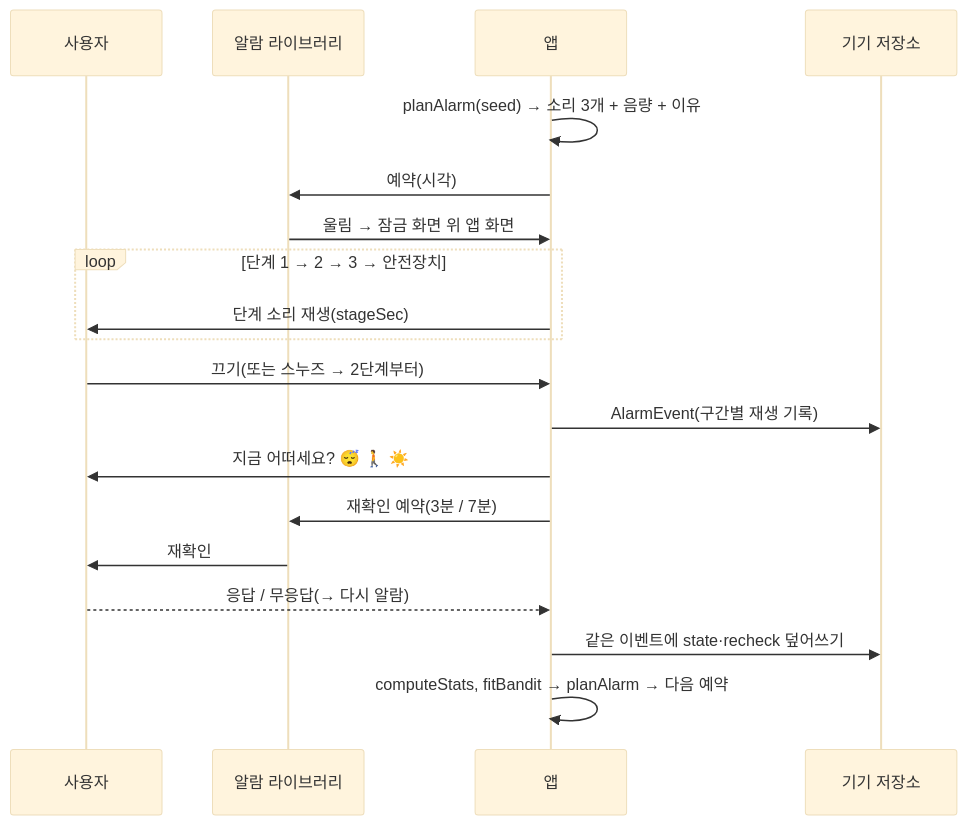
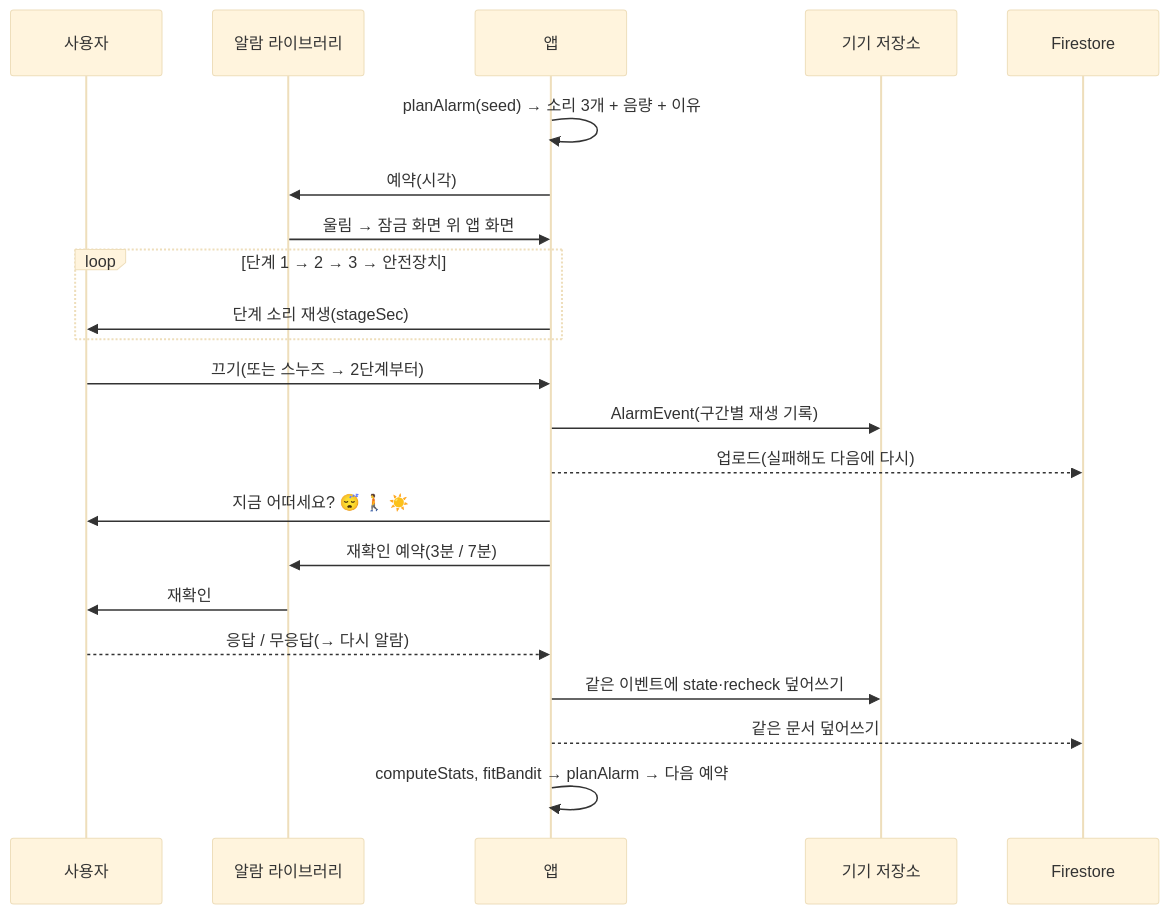
One commit to lyw012012-cpu/appa-anjanda changed the third of 3 diagrams in docs/context/design.md. Above: the diagram before and after it, drawn with Mermaid (base theme). The commit also changed other lines of this file and 5 other files, not shown here.

````diff
--- a/docs/context/design.md
+++ b/docs/context/design.md
@@ -185,21 +186,24 @@
 ```mermaid
 sequenceDiagram
   participant U as 사용자
   participant L as 알람 라이브러리
   participant A as 앱
   participant S as 기기 저장소
+  participant F as Firestore
   A->>A: planAlarm(seed) → 소리 3개 + 음량 + 이유
   A->>L: 예약(시각)
   L->>A: 울림 → 잠금 화면 위 앱 화면
   loop 단계 1 → 2 → 3 → 안전장치
     A->>U: 단계 소리 재생(stageSec)
   end
   U->>A: 끄기(또는 스누즈 → 2단계부터)
   A->>S: AlarmEvent(구간별 재생 기록)
+  A-->>F: 업로드(실패해도 다음에 다시)
   A->>U: 지금 어떠세요? 😴 🚶 ☀️
   A->>L: 재확인 예약(3분 / 7분)
   L->>U: 재확인
   U-->>A: 응답 / 무응답(→ 다시 알람)
   A->>S: 같은 이벤트에 state·recheck 덮어쓰기
+  A-->>F: 같은 문서 덮어쓰기
   A->>A: computeStats, fitBandit → planAlarm → 다음 예약
 ```
````
